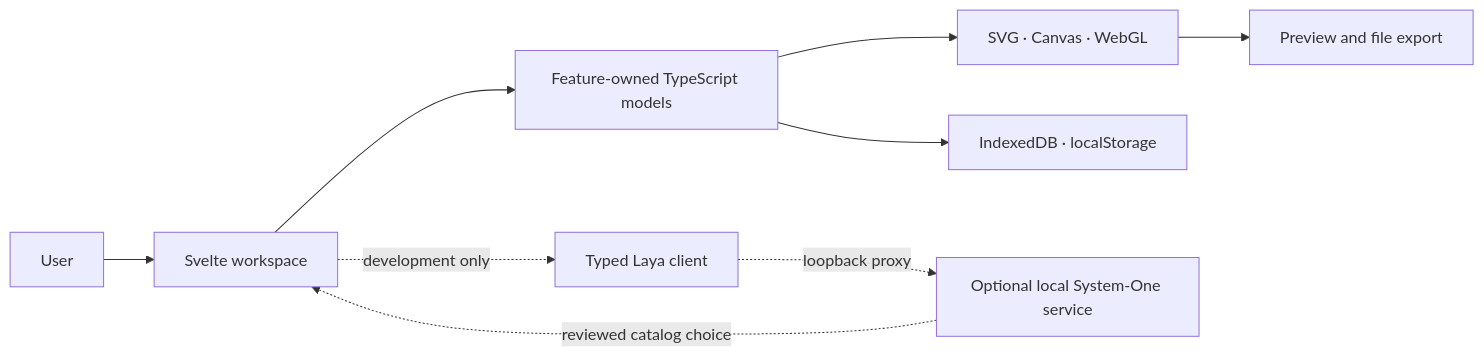
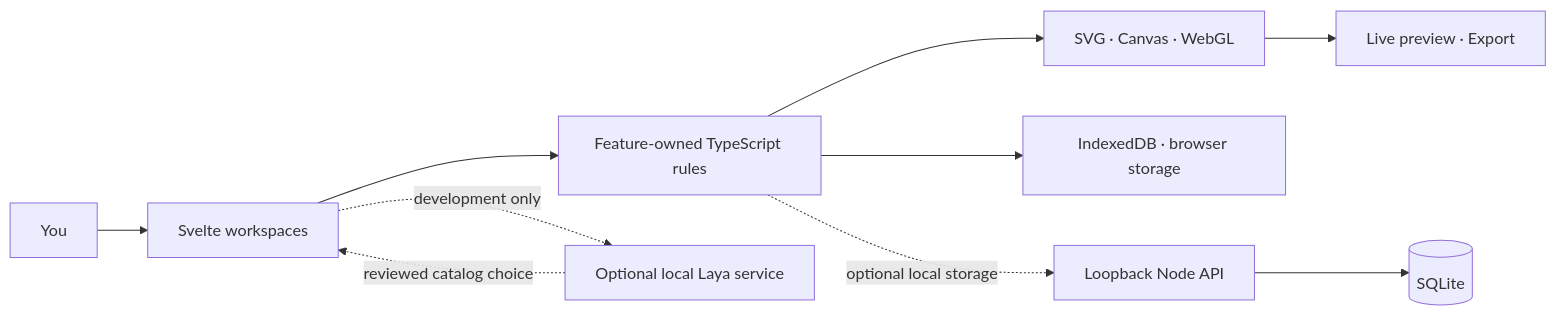
Before and after one commit to dr-week/NO-AI-2D-GAME-ASSET-Designer: the diagram in README.md, drawn with Mermaid. The commit also changed other lines of this file and 3 other files, not shown here.

````diff
--- a/README.md
+++ b/README.md
@@ -29,11 +42,12 @@
 ```mermaid
 flowchart LR
-  User --> UI[ Svelte workspace ]
-  UI --> Models[ Feature-owned TypeScript models ]
-  Models --> Render[ SVG · Canvas · WebGL ]
-  Render --> Preview[ Preview and file export ]
-  Models --> Local[ IndexedDB · localStorage ]
-  UI -. development only .-> Client[ Typed Laya client ]
-  Client -. loopback proxy .-> Laya[ Optional local System-One service ]
-  Laya -. reviewed catalog choice .-> UI
+  You --> Studio[Svelte workspaces]
+  Studio --> Rules[Feature-owned TypeScript rules]
+  Rules --> Draw[SVG · Canvas · WebGL]
+  Draw --> Output[Live preview · Export]
+  Rules --> BrowserData[IndexedDB · browser storage]
+  Rules -. optional local storage .-> API[Loopback Node API]
+  API --> SQLite[(SQLite)]
+  Studio -. development only .-> Laya[Optional local Laya service]
+  Laya -. reviewed catalog choice .-> Studio
 ```
````
